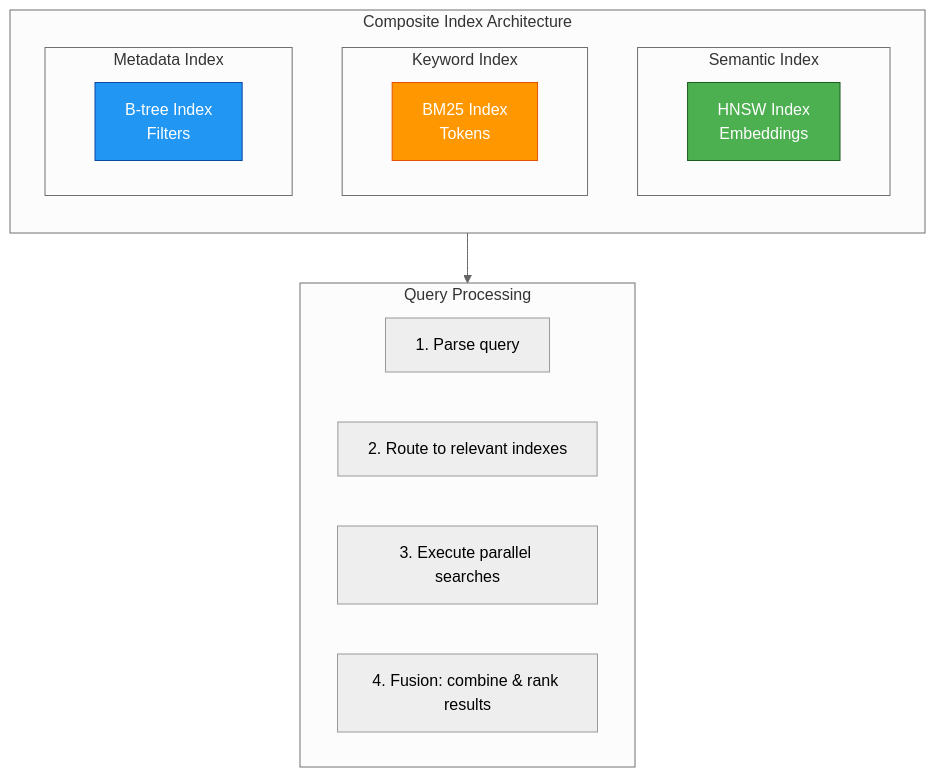
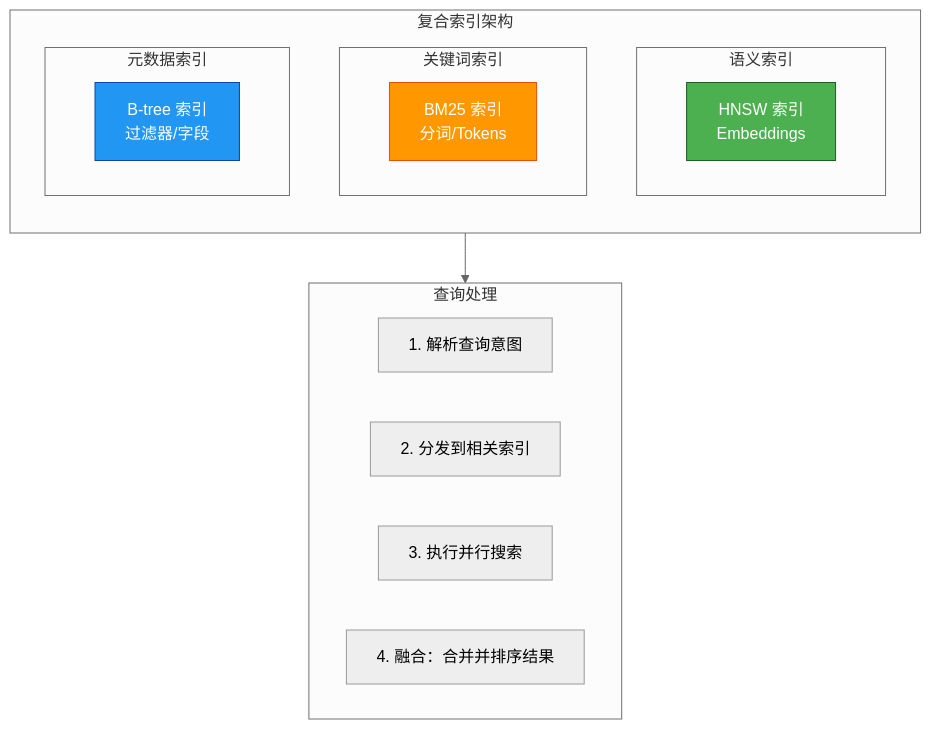
The ninth of 14 diagrams in i18n/zh-Hans/docusaurus-plugin-content-docs/current/ai/rag/03-index.mdx (YiWang24/AiDIY), drawn with Mermaid (neutral theme) before and after one commit. The commit also changed other lines of this file and 59 other files, not shown here.

````diff
--- a/i18n/zh-Hans/docusaurus-plugin-content-docs/current/ai/rag/03-index.mdx
+++ b/i18n/zh-Hans/docusaurus-plugin-content-docs/current/ai/rag/03-index.mdx
@@ -591,31 +591,31 @@
 ```mermaid
 flowchart TB
-    subgraph Composite["Composite Index Architecture"]
+    subgraph Composite["复合索引架构"]
         direction TB
 
-        subgraph Semantic["Semantic Index"]
-            S1["HNSW Index<br/>Embeddings"]
+        subgraph Semantic["语义索引"]
+            S1["HNSW 索引<br/>Embeddings"]
         end
 
-        subgraph Keyword["Keyword Index"]
-            K1["BM25 Index<br/>Tokens"]
+        subgraph Keyword["关键词索引"]
+            K1["BM25 索引<br/>分词/Tokens"]
         end
 
-        subgraph Metadata["Metadata Index"]
-            M1["B-tree Index<br/>Filters"]
+        subgraph Metadata["元数据索引"]
+            M1["B-tree 索引<br/>过滤器/字段"]
         end
     end
 
-    subgraph Query["Query Processing"]
-        Q1["1. Parse query"]
-        Q2["2. Route to relevant indexes"]
-        Q3["3. Execute parallel searches"]
-        Q4["4. Fusion: combine & rank results"]
+    subgraph Query["查询处理"]
+        Q1["1. 解析查询意图"]
+        Q2["2. 分发到相关索引"]
+        Q3["3. 执行并行搜索"]
+        Q4["4. 融合：合并并排序结果"]
     end
 
     Composite --> Query
 
     style S1 fill:#4caf50,stroke:#1b5e20,color:#fff
     style K1 fill:#ff9800,stroke:#e65100,color:#fff
     style M1 fill:#2196f3,stroke:#0d47a1,color:#fff
 ```
````
